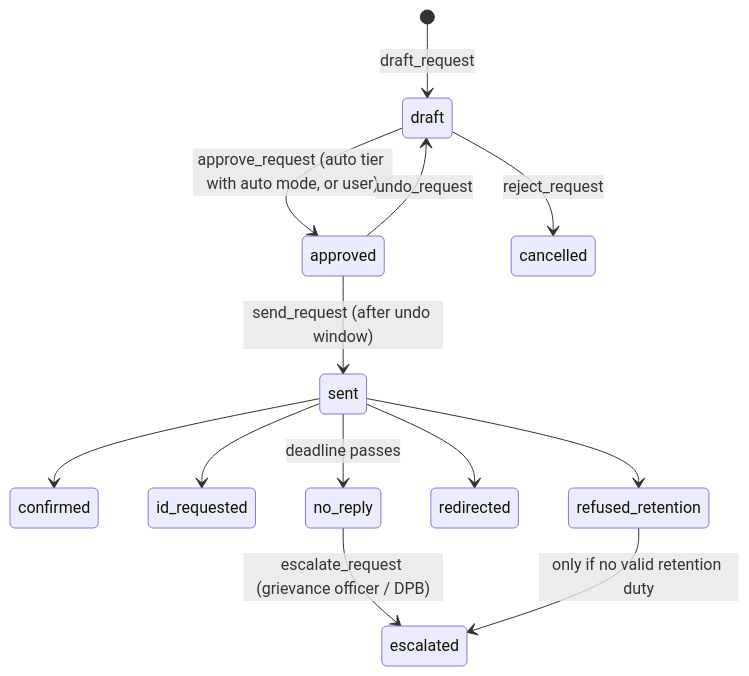
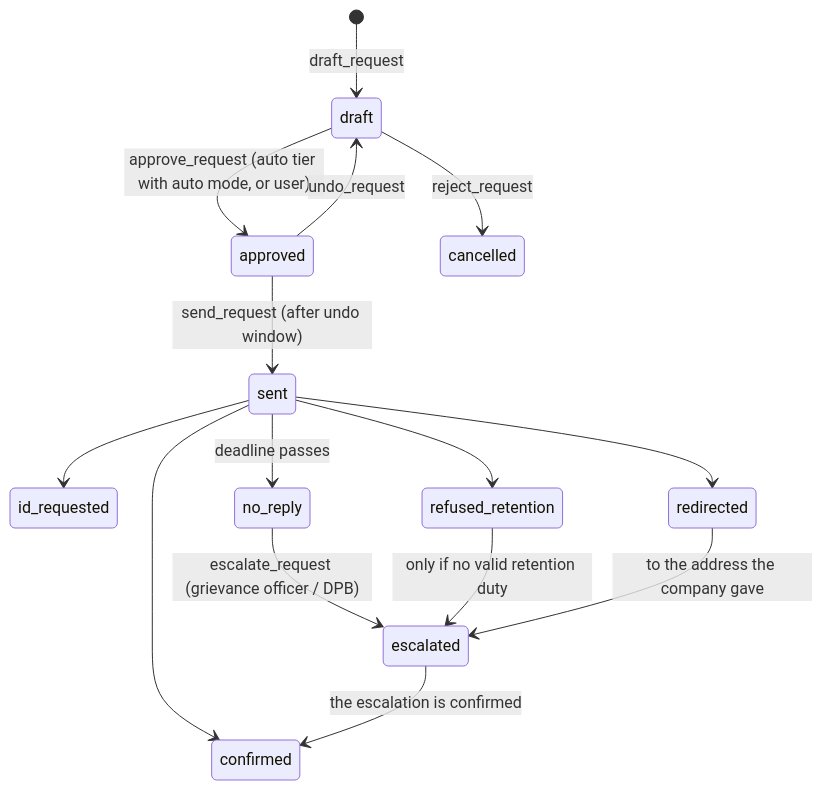
Before and after one commit to abhishiv17/DataExit: the second of 2 diagrams in docs/architecture/data-model.md, drawn with Mermaid. The commit also changed 6 other files, not shown here.

````diff
--- a/docs/architecture/data-model.md
+++ b/docs/architecture/data-model.md
@@ -26,15 +26,17 @@
 ```mermaid
 stateDiagram-v2
   [*] --> draft: draft_request
   draft --> approved: approve_request (auto tier with auto mode, or user)
   approved --> draft: undo_request
   draft --> cancelled: reject_request
   approved --> sent: send_request (after undo window)
   sent --> confirmed
   sent --> id_requested
   sent --> refused_retention
   sent --> redirected
   sent --> no_reply: deadline passes
   no_reply --> escalated: escalate_request (grievance officer / DPB)
   refused_retention --> escalated: only if no valid retention duty
+  redirected --> escalated: to the address the company gave
+  escalated --> confirmed: the escalation is confirmed
 ```
````
